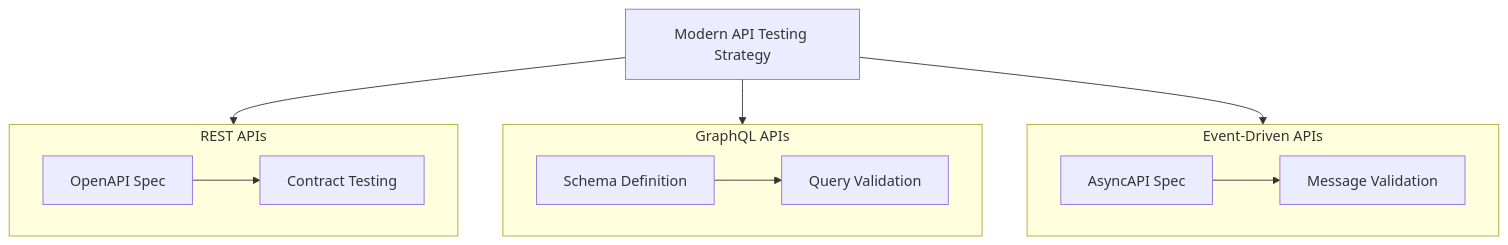
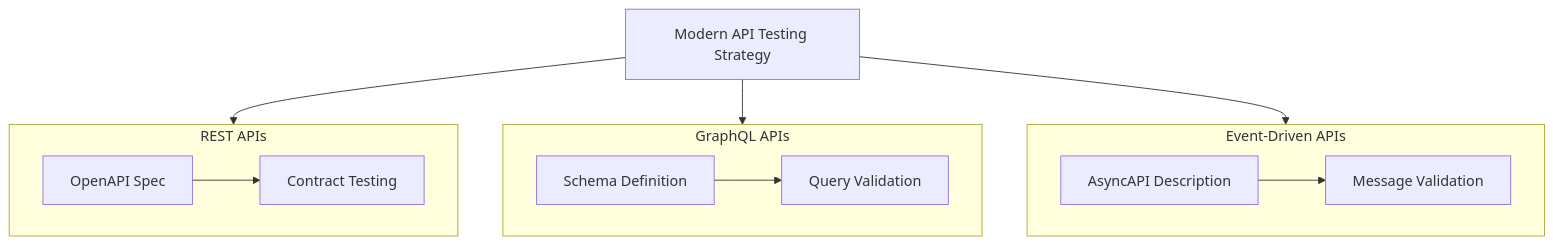
One commit to Redocly/website changed the first of 3 diagrams in learn/testing/tools-for-api-testing-in-2025.md. Above: the diagram before and after it, drawn with Mermaid.

````diff
--- a/learn/testing/tools-for-api-testing-in-2025.md
+++ b/learn/testing/tools-for-api-testing-in-2025.md
@@ -28,18 +28,18 @@
 ```mermaid
 graph TB
     subgraph REST["REST APIs"]
         A1[OpenAPI Spec] --> A2[Contract Testing]
     end
 
     subgraph GraphQL["GraphQL APIs"]
         B1[Schema Definition] --> B2[Query Validation]
     end
 
     subgraph AsyncAPI["Event-Driven APIs"]
-        C1[AsyncAPI Spec] --> C2[Message Validation]
+        C1[AsyncAPI Description] --> C2[Message Validation]
     end
 
     D[Modern API Testing Strategy] --> REST
     D --> GraphQL
     D --> AsyncAPI
 ```
````
